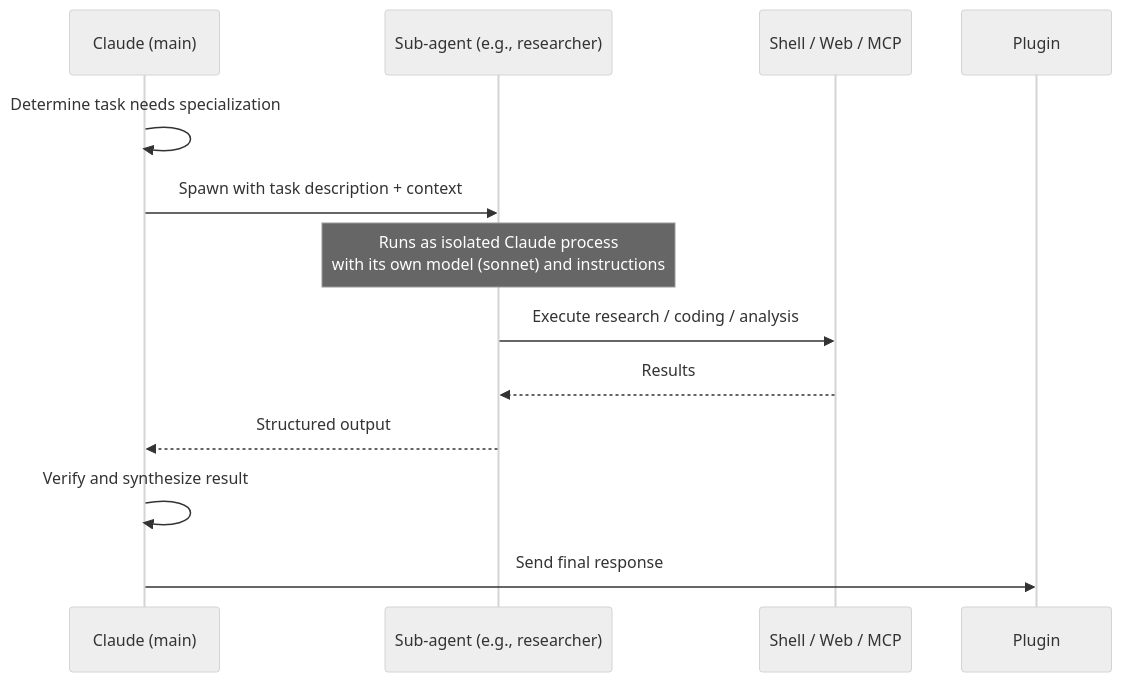
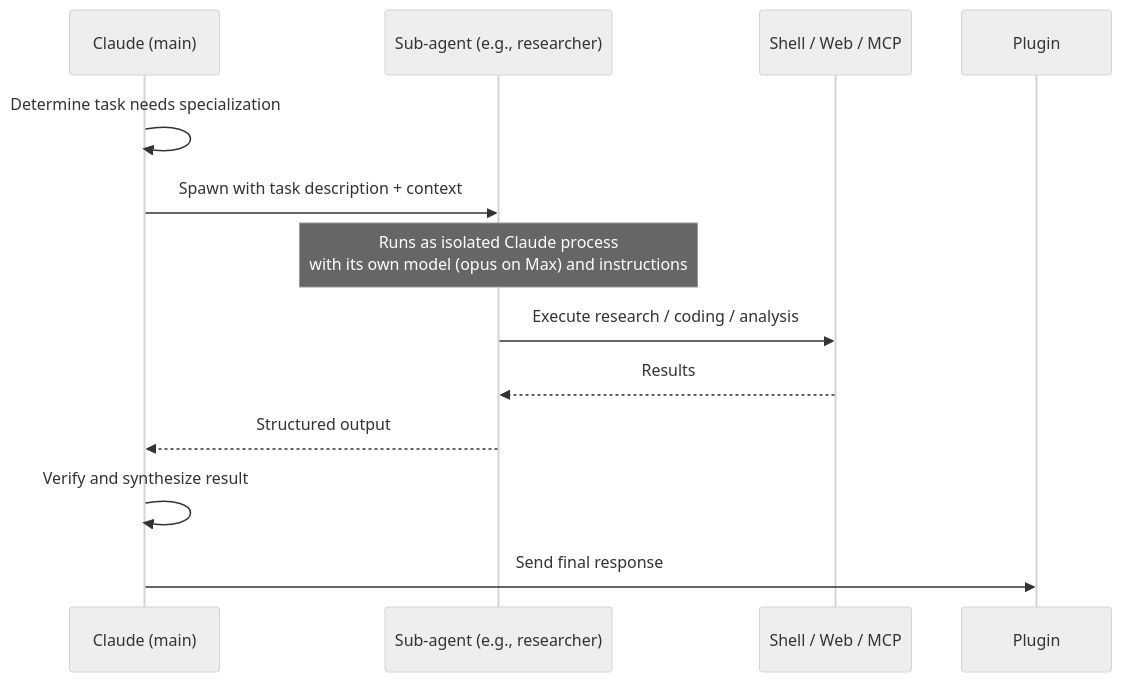
Before and after one commit to JansenAnalytics/claudex: the third of 3 diagrams in docs/architecture.md, drawn with Mermaid (neutral theme). The commit also changed other lines of this file and 166 other files, not shown here.

First line of the commit message:
feat: add all 160 skills + fix sub-agent model to Opus

````diff
--- a/docs/architecture.md
+++ b/docs/architecture.md
@@ -113,15 +113,15 @@
 ```mermaid
 sequenceDiagram
     participant Claude as Claude (main)
     participant Agent as Sub-agent (e.g., researcher)
     participant Tools as Shell / Web / MCP
 
     Claude->>Claude: Determine task needs specialization
     Claude->>Agent: Spawn with task description + context
-    Note over Agent: Runs as isolated Claude process<br/>with its own model (sonnet) and instructions
+    Note over Agent: Runs as isolated Claude process<br/>with its own model (opus on Max) and instructions
     Agent->>Tools: Execute research / coding / analysis
     Tools-->>Agent: Results
     Agent-->>Claude: Structured output
     Claude->>Claude: Verify and synthesize result
     Claude->>Plugin: Send final response
 ```
````
